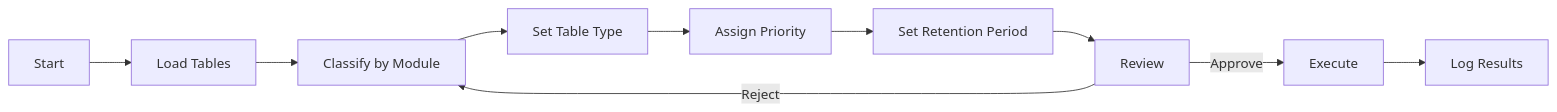
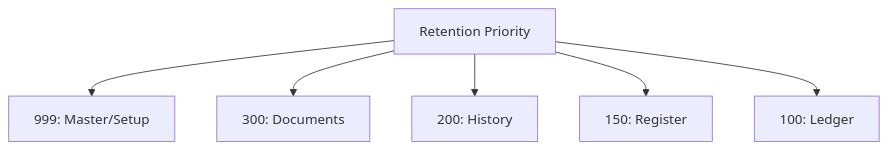
One commit to Goldenvikingsunset/DatadeletionTool changed the third of 10 diagrams in README.md. Above: the diagram before and after it, drawn with Mermaid. The commit also changed other lines of this file, not shown here.

````diff
--- a/README.md
+++ b/README.md
@@ -34,12 +61,8 @@
 ```mermaid
-flowchart LR
-    A[Start] --> B[Load Tables]
-    B --> C[Classify by Module]
-    C --> D[Set Table Type]
-    D --> E[Assign Priority]
-    E --> F[Set Retention Period]
-    F --> G[Review]
-    G -->|Approve| H[Execute]
-    G -->|Reject| C
-    H --> I[Log Results]
+graph TD
+    A[Retention Priority] --> B[999: Master/Setup]
+    A --> C[300: Documents]
+    A --> D[200: History]
+    A --> E[150: Register]
+    A --> F[100: Ledger]
 ```
````
